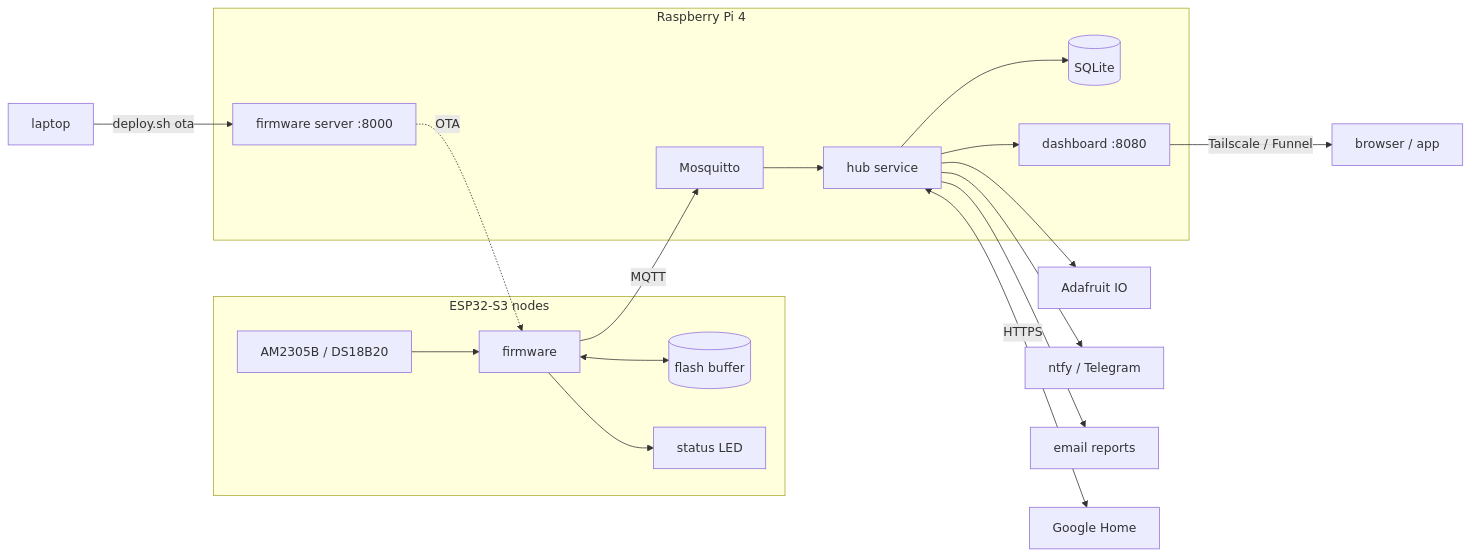
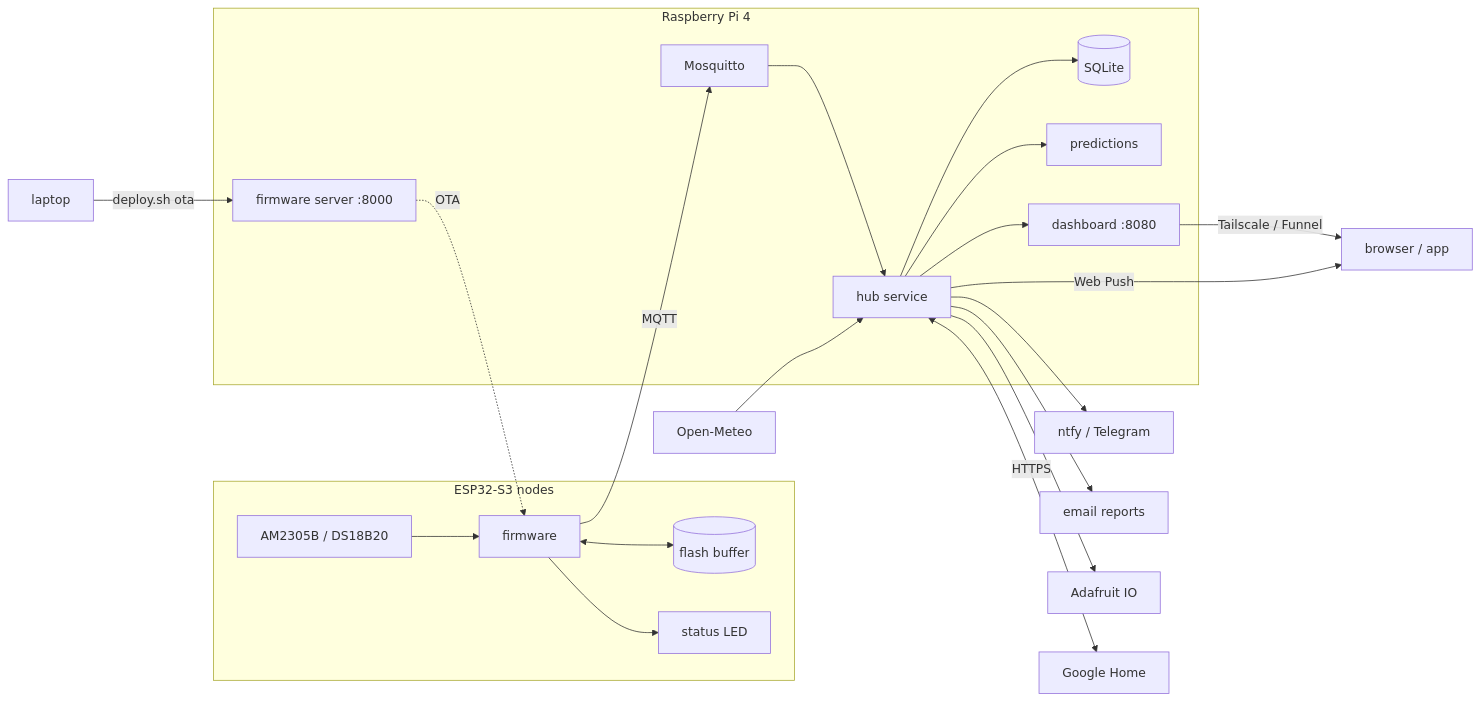
Before and after one commit to Gautham-Dev007/IoT_Pi32: the first of 2 diagrams in README.md, drawn with Mermaid. The commit also changed other lines of this file and 17 other files, not shown here.

````diff
--- a/README.md
+++ b/README.md
@@ -90,22 +125,25 @@
 ```mermaid
 flowchart LR
     subgraph Nodes["ESP32-S3 nodes"]
         S[AM2305B / DS18B20] --> F[firmware]
         F <--> B[(flash buffer)]
         F --> L[status LED]
     end
     subgraph Pi["Raspberry Pi 4"]
         M[Mosquitto] --> H[hub service]
         H --> D[(SQLite)]
+        H --> P[predictions]
         H --> W[dashboard :8080]
         FW[firmware server :8000]
     end
     F -- MQTT --> M
     FW -. OTA .-> F
+    O[Open-Meteo] --> H
     W -- Tailscale / Funnel --> U[browser / app]
-    H --> A[Adafruit IO]
+    H -- Web Push --> U
     H --> N[ntfy / Telegram]
     H --> E[email reports]
+    H --> A[Adafruit IO]
     H <-->|HTTPS| G[Google Home]
     LT[laptop] -- deploy.sh ota --> FW
 ```
````
